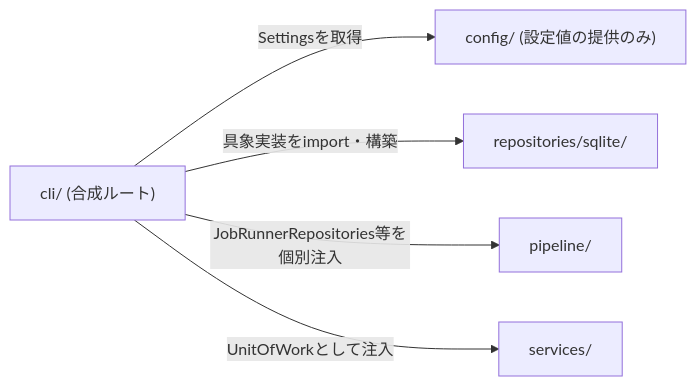
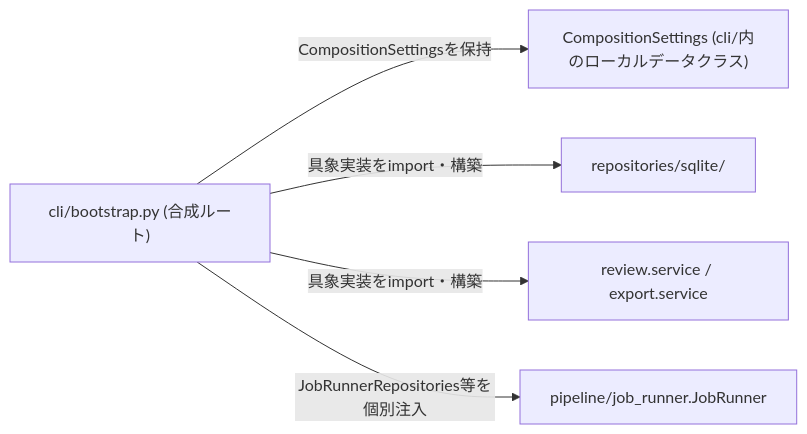
One commit to yastdKHS/MOD_Personnel_DB changed the second of 2 diagrams in docs/api/dependency-rule.md. Above: the diagram before and after it, drawn with Mermaid. The commit also changed other lines of this file and 5 other files, not shown here.

````diff
--- a/docs/api/dependency-rule.md
+++ b/docs/api/dependency-rule.md
@@ -185,7 +201,7 @@
 ```mermaid
 flowchart LR
-    cli["cli/ (合成ルート)"] -->|Settingsを取得| config["config/ (設定値の提供のみ)"]
+    cli["cli/bootstrap.py (合成ルート)"] -->|CompositionSettingsを保持| settings["CompositionSettings (cli/内のローカルデータクラス)"]
     cli -->|具象実装をimport・構築| repositories_sqlite["repositories/sqlite/"]
-    cli -->|JobRunnerRepositories等を個別注入| pipeline["pipeline/"]
-    cli -->|UnitOfWorkとして注入| services["services/"]
+    cli -->|具象実装をimport・構築| review_export["review.service / export.service"]
+    cli -->|JobRunnerRepositories等を個別注入| pipeline["pipeline/job_runner.JobRunner"]
 ```
````
